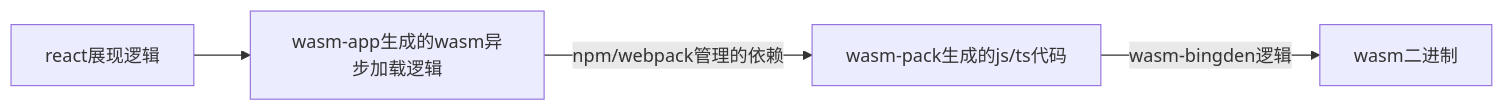
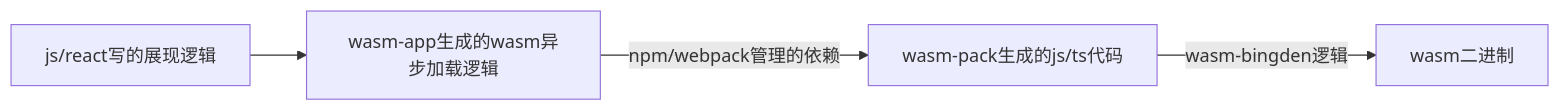
Before and after one commit to nielinjie/bian-lang: the third of 3 diagrams in doc/2_5.md, drawn with Mermaid. The commit also changed other lines of this file and 3 other files, not shown here.

````diff
--- a/doc/2_5.md
+++ b/doc/2_5.md
@@ -54,6 +59,6 @@
 ```mermaid
 flowchart LR
-    A[react展现逻辑]-->AB[wasm-app生成的wasm异步加载逻辑]
+    A[js/react写的展现逻辑]-->AB[wasm-app生成的wasm异步加载逻辑]
 C[wasm-pack生成的js/ts代码]--wasm-bingden逻辑-->D[wasm二进制]
  AB --npm/webpack管理的依赖--> C
 ```
````
